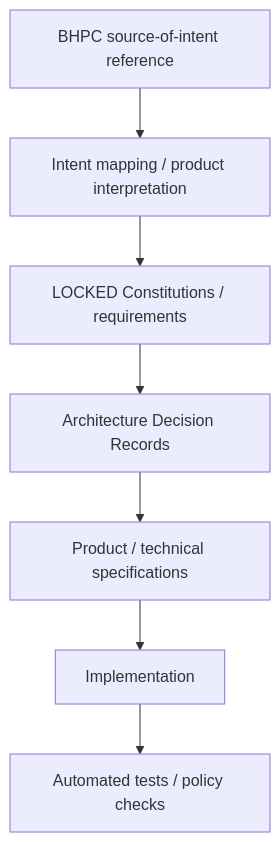
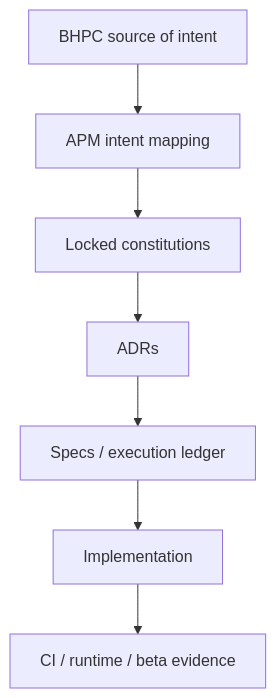
The first of 2 diagrams in docs/README.md (seq23/aplayer-mode), drawn with Mermaid before and after one commit. The commit also changed other lines of this file, not shown here.

````diff
--- a/docs/README.md
+++ b/docs/README.md
@@ -63,9 +65,9 @@
 ```mermaid
 flowchart TD
-  SRC[BHPC source-of-intent reference] --> MAP[Intent mapping / product interpretation]
-  C[LOCKED Constitutions / requirements] --> ADR[Architecture Decision Records]
-  MAP --> C
-  ADR --> SPEC[Product / technical specifications]
+  SRC[BHPC source of intent] --> MAP[APM intent mapping]
+  MAP --> C[Locked constitutions]
+  C --> ADR[ADRs]
+  ADR --> SPEC[Specs / execution ledger]
   SPEC --> CODE[Implementation]
-  CODE --> TEST[Automated tests / policy checks]
+  CODE --> TEST[CI / runtime / beta evidence]
 ```
````
